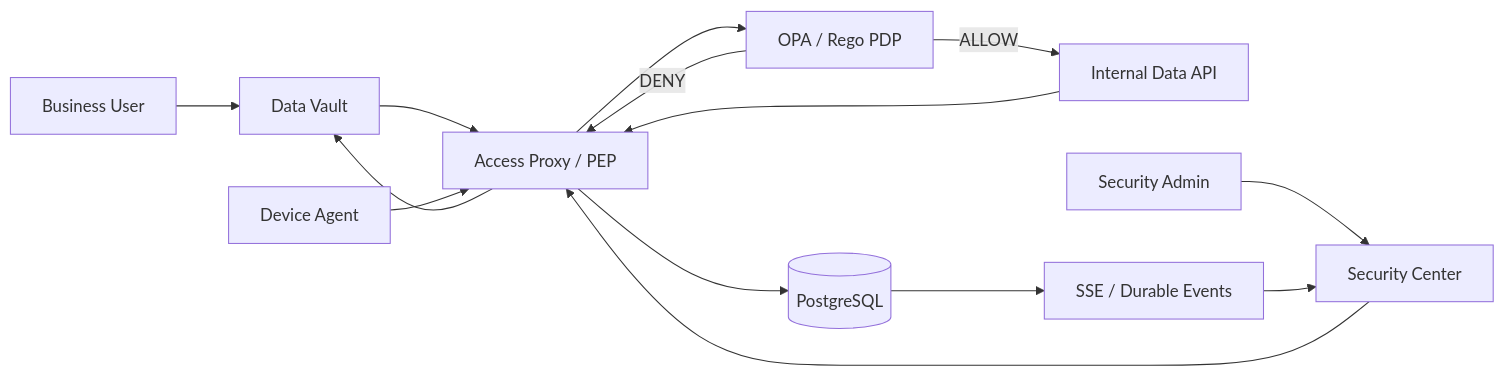
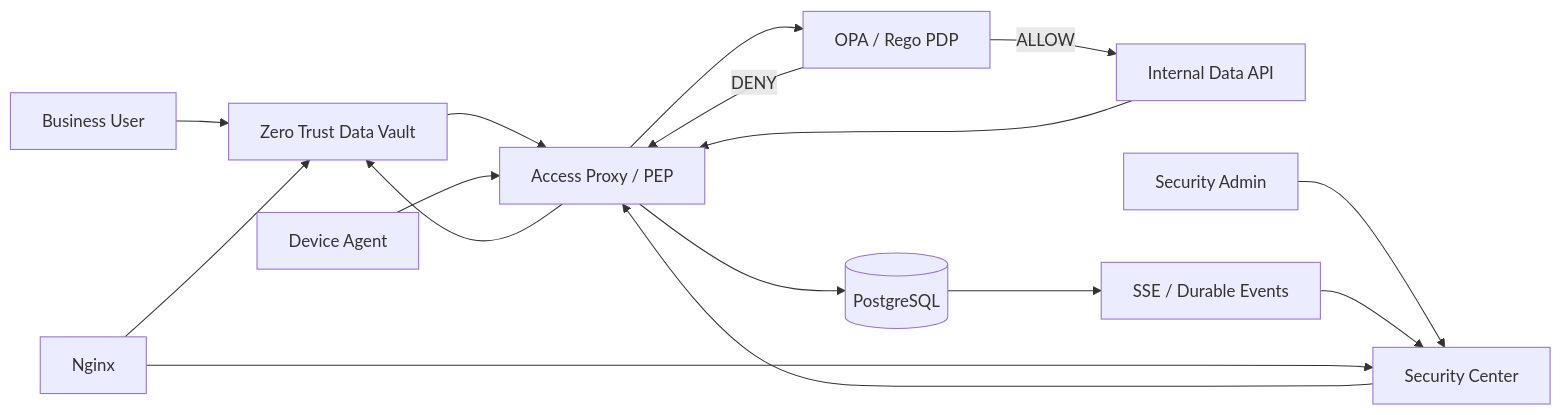
One commit to Hungnguyencode/coursework-zero-trust-access-proxy changed the first of 2 diagrams in README.md. Above: the diagram before and after it, drawn with Mermaid. The commit also changed other lines of this file and 1 other file, not shown here.

````diff
--- a/README.md
+++ b/README.md
@@ -71,20 +114,23 @@
 ```mermaid
 flowchart LR
-    U[Business User] --> DV[Data Vault]
+    U[Business User] --> DV[Zero Trust Data Vault]
     DV --> PX[Access Proxy / PEP]
 
     A[Device Agent] --> PX
     PX --> PG[(PostgreSQL)]
     PX --> OPA[OPA / Rego PDP]
 
     OPA -->|DENY| PX
     OPA -->|ALLOW| IA[Internal Data API]
     IA --> PX
     PX --> DV
 
     SOC[Security Admin] --> SC[Security Center]
     SC --> PX
 
     PG --> SSE[SSE / Durable Events]
     SSE --> SC
+
+    NG[Nginx] --> SC
+    NG --> DV
 ```
````
